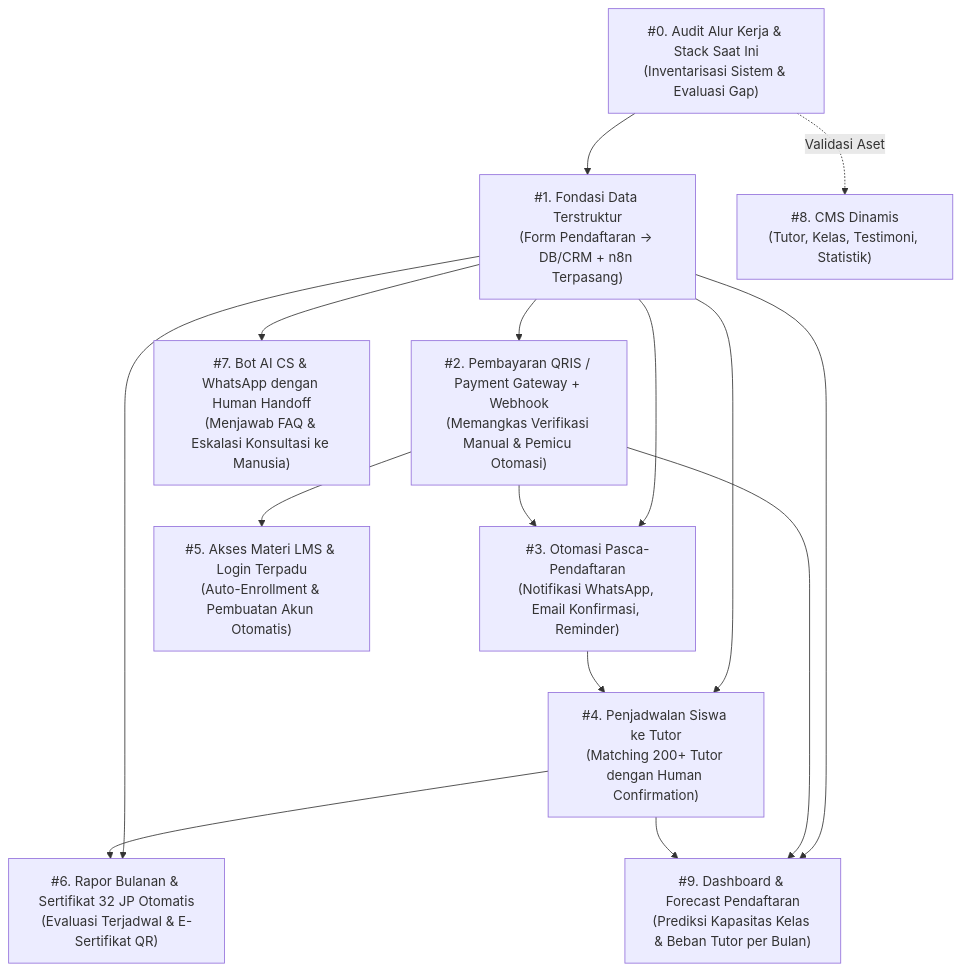
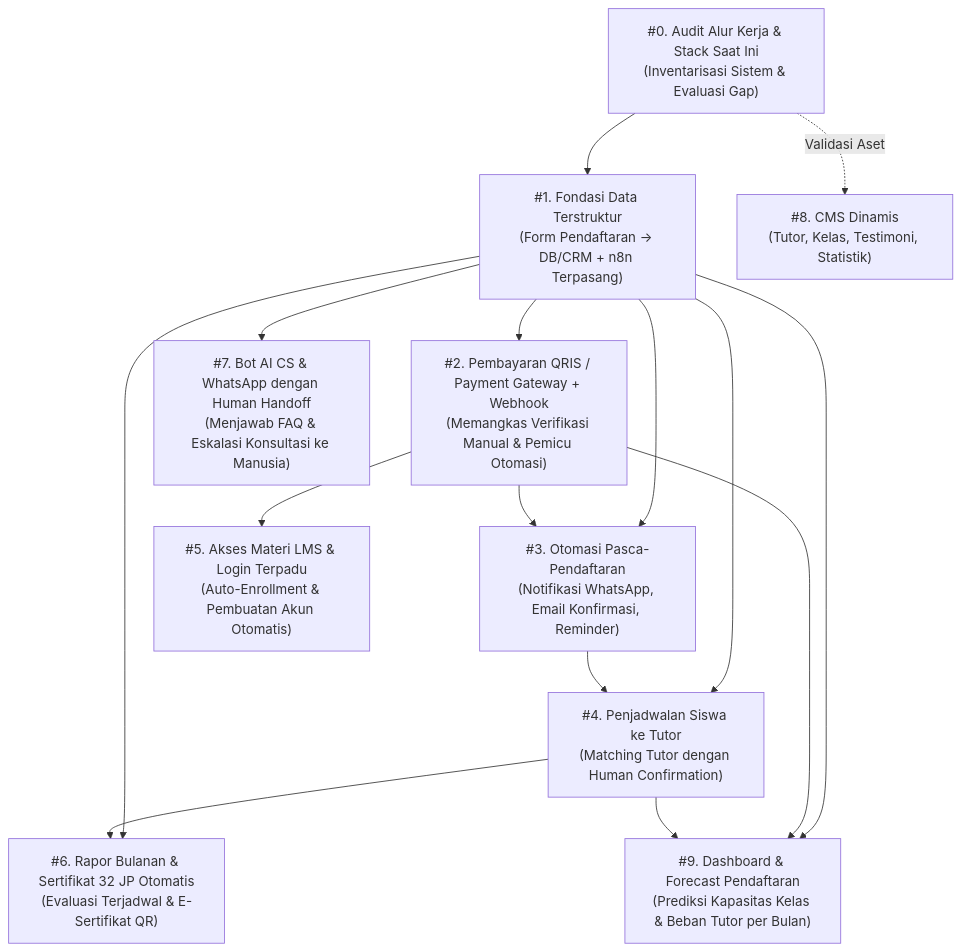
Before and after one commit to chocolatecodelab/sahabat-belajar-app: the first of 5 diagrams in PRD.md, drawn with Mermaid. The commit also changed other lines of this file and 51 other files, not shown here.

````diff
--- a/PRD.md
+++ b/PRD.md
@@ -47,24 +47,24 @@
 ```mermaid
 flowchart TD
     Phase0["#0. Audit Alur Kerja & Stack Saat Ini\n(Inventarisasi Sistem & Evaluasi Gap)"] --> Phase1["#1. Fondasi Data Terstruktur\n(Form Pendaftaran -> DB/CRM + n8n Terpasang)"]
     Phase0 -. Validasi Aset .-> Phase8["#8. CMS Dinamis\n(Tutor, Kelas, Testimoni, Statistik)"]
     
     Phase1 --> Phase2["#2. Pembayaran QRIS / Payment Gateway + Webhook\n(Memangkas Verifikasi Manual & Pemicu Otomasi)"]
     
     Phase1 --> Phase3["#3. Otomasi Pasca-Pendaftaran\n(Notifikasi WhatsApp, Email Konfirmasi, Reminder)"]
     Phase2 --> Phase3
     
-    Phase1 --> Phase4["#4. Penjadwalan Siswa ke Tutor\n(Matching 200+ Tutor dengan Human Confirmation)"]
+    Phase1 --> Phase4["#4. Penjadwalan Siswa ke Tutor\n(Matching Tutor dengan Human Confirmation)"]
     Phase3 --> Phase4
     
     Phase2 --> Phase5["#5. Akses Materi LMS & Login Terpadu\n(Auto-Enrollment & Pembuatan Akun Otomatis)"]
     
     Phase1 --> Phase6["#6. Rapor Bulanan & Sertifikat 32 JP Otomatis\n(Evaluasi Terjadwal & E-Sertifikat QR)"]
     Phase4 --> Phase6
     
     Phase1 --> Phase7["#7. Bot AI CS & WhatsApp dengan Human Handoff\n(Menjawab FAQ & Eskalasi Konsultasi ke Manusia)"]
     
     Phase1 --> Phase9["#9. Dashboard & Forecast Pendaftaran\n(Prediksi Kapasitas Kelas & Beban Tutor per Bulan)"]
     Phase2 --> Phase9
     Phase4 --> Phase9
 ```
````
